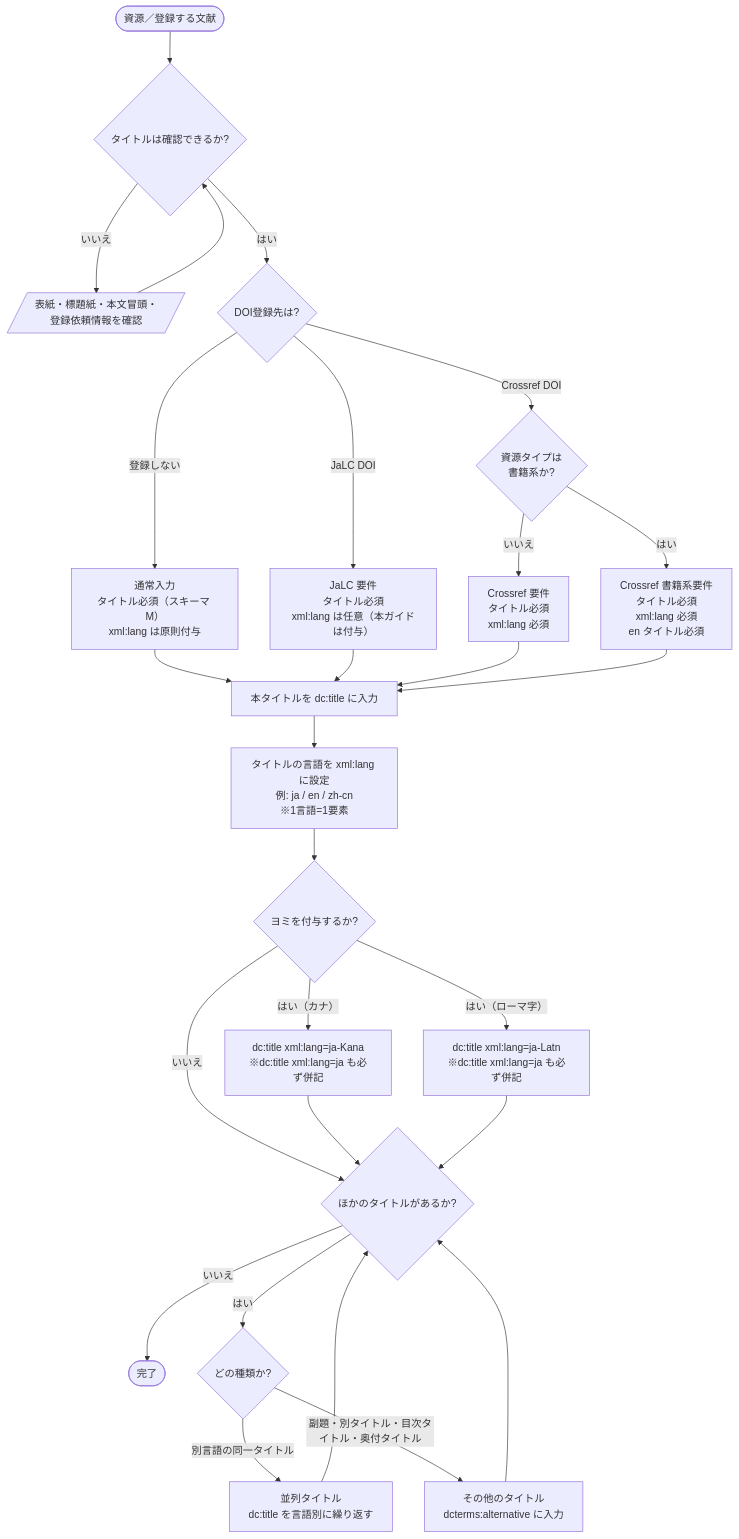
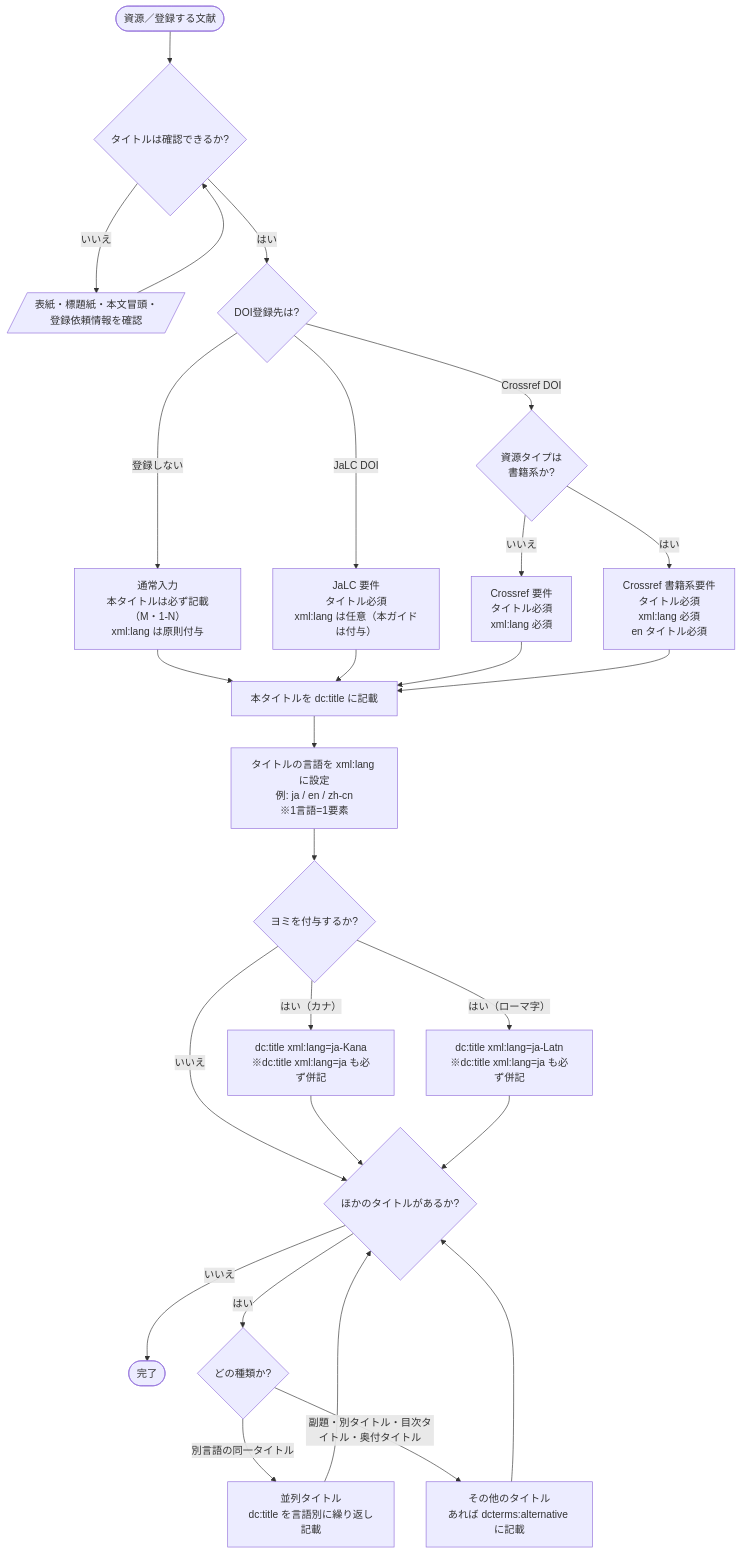
One commit to tzhaya/jpcoarschema-helper changed the diagram in decision-trees/title.md. Above: the diagram before and after it, drawn with Mermaid. The commit also changed other lines of this file and 6 other files, not shown here.

````diff
--- a/decision-trees/title.md
+++ b/decision-trees/title.md
@@ -49,41 +49,41 @@
 ```mermaid
 flowchart TD
     R([資源／登録する文献]) --> D0{タイトルは確認できるか?}
     D0 -- いいえ --> A0[/表紙・標題紙・本文冒頭・登録依頼情報を確認/]
     A0 --> D0
     D0 -- はい --> Q1{DOI登録先は?}
 
-    Q1 -- 登録しない --> CTX0["通常入力<br/>タイトル必須（スキーマ M）<br/>xml:lang は原則付与"]
+    Q1 -- 登録しない --> CTX0["通常入力<br/>本タイトルは必ず記載（M・1-N）<br/>xml:lang は原則付与"]
     Q1 -- JaLC DOI --> CTX1["JaLC 要件<br/>タイトル必須<br/>xml:lang は任意（本ガイドは付与）"]
     Q1 -- Crossref DOI --> Q1a{資源タイプは<br/>書籍系か?}
 
     Q1a -- いいえ --> CTX2["Crossref 要件<br/>タイトル必須<br/>xml:lang 必須"]
     Q1a -- はい --> CTX3["Crossref 書籍系要件<br/>タイトル必須<br/>xml:lang 必須<br/>en タイトル必須"]
 
     CTX0 --> P1
     CTX1 --> P1
     CTX2 --> P1
     CTX3 --> P1
 
-    P1["本タイトルを dc:title に入力"] --> P2["タイトルの言語を xml:lang に設定<br/>例: ja / en / zh-cn<br/>※1言語=1要素"]
+    P1["本タイトルを dc:title に記載"] --> P2["タイトルの言語を xml:lang に設定<br/>例: ja / en / zh-cn<br/>※1言語=1要素"]
     P2 --> D2{ヨミを付与するか?}
 
     D2 -- "はい（カナ）" --> A2a["dc:title xml:lang=ja-Kana<br/>※dc:title xml:lang=ja も必ず併記"]
     D2 -- "はい（ローマ字）" --> A2b["dc:title xml:lang=ja-Latn<br/>※dc:title xml:lang=ja も必ず併記"]
     D2 -- いいえ --> D3
 
     A2a --> D3
     A2b --> D3
 
     D3{ほかのタイトルがあるか?}
     D3 -- いいえ --> END
     D3 -- はい --> D3a{どの種類か?}
 
-    D3a -- "別言語の同一タイトル" --> A3a["並列タイトル<br/>dc:title を言語別に繰り返す"]
-    D3a -- "副題・別タイトル・目次タイトル・奥付タイトル" --> A3b["その他のタイトル<br/>dcterms:alternative に入力"]
+    D3a -- "別言語の同一タイトル" --> A3a["並列タイトル<br/>dc:title を言語別に繰り返し記載"]
+    D3a -- "副題・別タイトル・目次タイトル・奥付タイトル" --> A3b["その他のタイトル<br/>あれば dcterms:alternative に記載"]
 
     A3a --> D3
     A3b --> D3
 
     END([完了])
 ```
````
